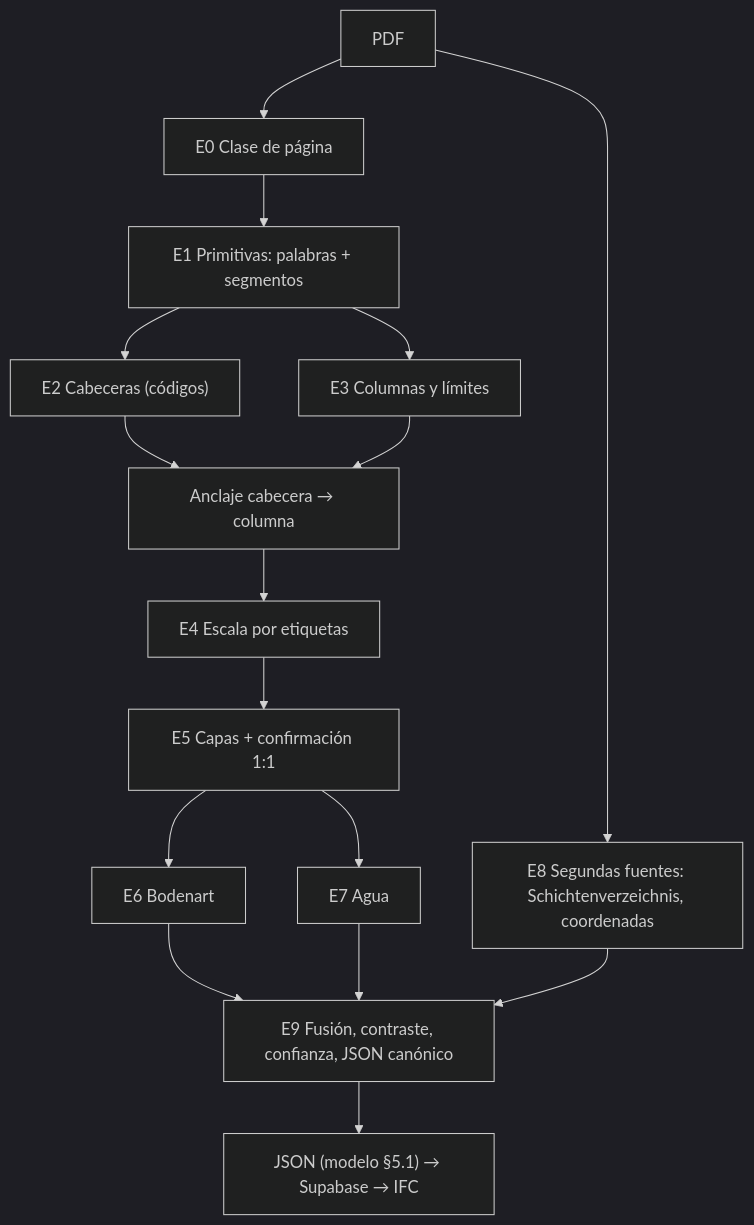
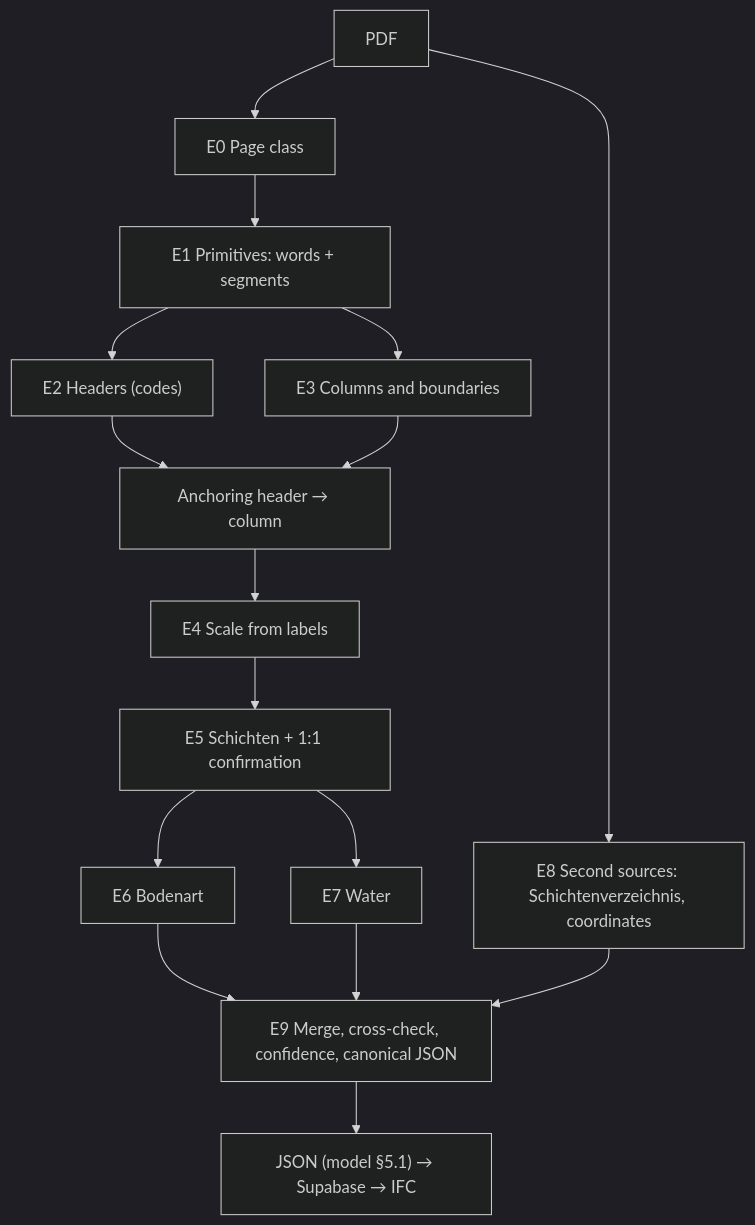
The diagram in docs/17_extraction_algorithm.md (martinpazmino/CAD_Extract), drawn with Mermaid (dark theme) before and after one commit. The commit also changed other lines of this file and 44 other files, not shown here.

````diff
--- a/docs/17_extraction_algorithm.md
+++ b/docs/17_extraction_algorithm.md
@@ -21,18 +22,18 @@
 ```mermaid
 flowchart TD
-  P["PDF"] --> E0["E0 Clase de página"]
-  E0 --> E1["E1 Primitivas: palabras + segmentos"]
-  E1 --> E2["E2 Cabeceras (códigos)"]
-  E1 --> E3["E3 Columnas y límites"]
-  E2 --> A["Anclaje cabecera → columna"]
+  P["PDF"] --> E0["E0 Page class"]
+  E0 --> E1["E1 Primitives: words + segments"]
+  E1 --> E2["E2 Headers (codes)"]
+  E1 --> E3["E3 Columns and boundaries"]
+  E2 --> A["Anchoring header → column"]
   E3 --> A
-  A --> E4["E4 Escala por etiquetas"]
-  E4 --> E5["E5 Capas + confirmación 1:1"]
+  A --> E4["E4 Scale from labels"]
+  E4 --> E5["E5 Schichten + 1:1 confirmation"]
   E5 --> E6["E6 Bodenart"]
-  E5 --> E7["E7 Agua"]
-  P --> E8["E8 Segundas fuentes: Schichtenverzeichnis, coordenadas"]
-  E6 --> E9["E9 Fusión, contraste, confianza, JSON canónico"]
+  E5 --> E7["E7 Water"]
+  P --> E8["E8 Second sources: Schichtenverzeichnis, coordinates"]
+  E6 --> E9["E9 Merge, cross-check, confidence, canonical JSON"]
   E7 --> E9
   E8 --> E9
-  E9 --> J["JSON (modelo §5.1) → Supabase → IFC"]
+  E9 --> J["JSON (model §5.1) → Supabase → IFC"]
 ```
````
